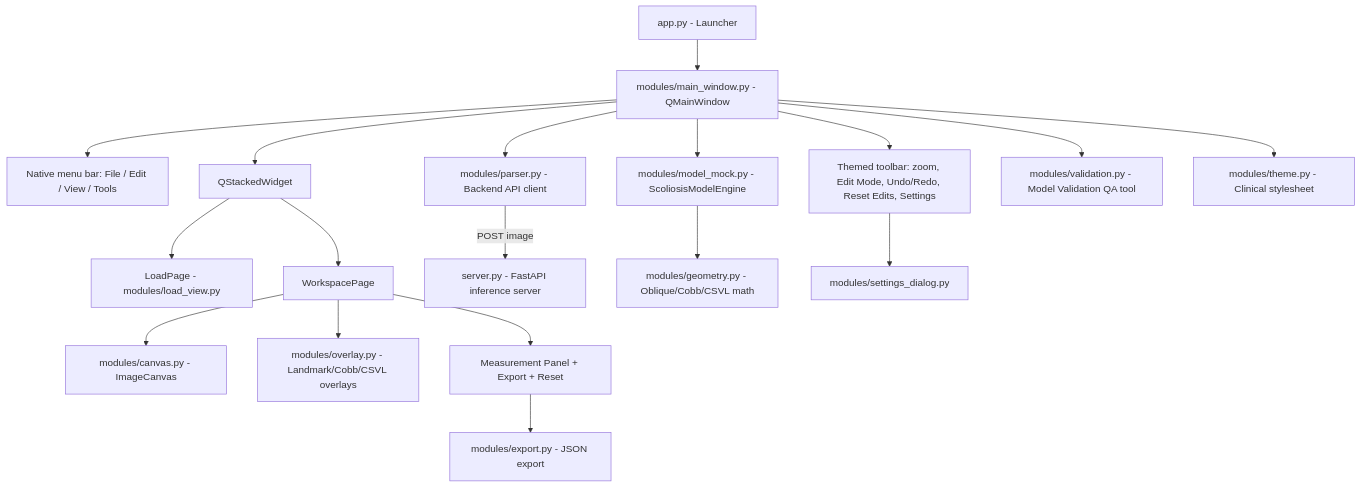
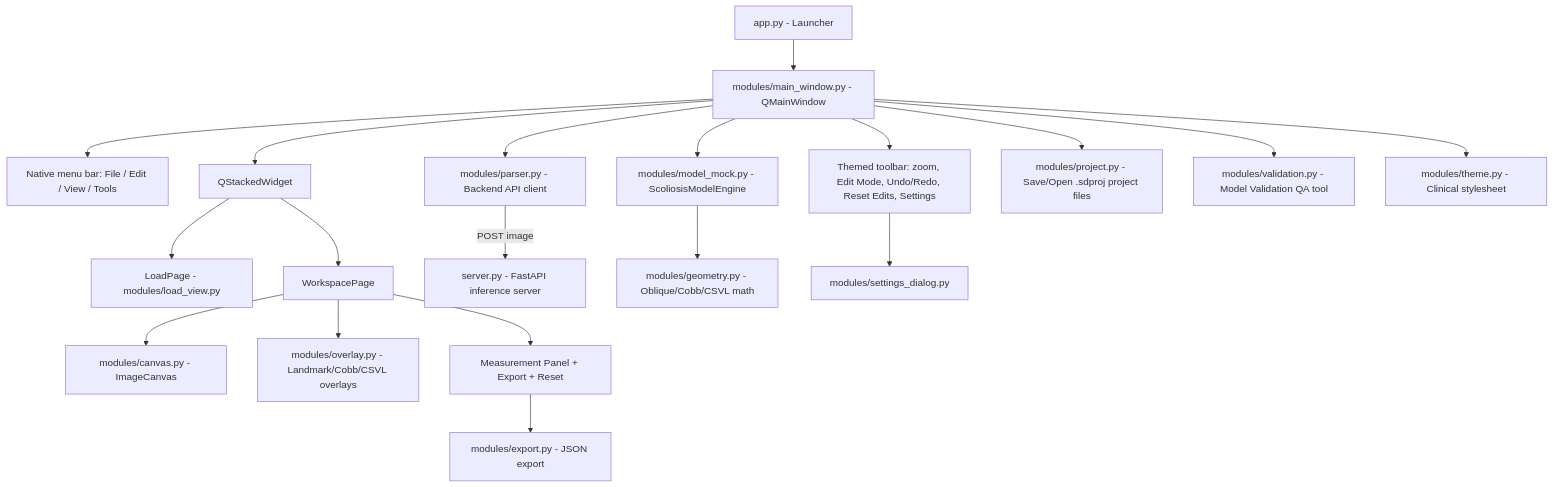
The diagram in README.md (reerooryu/scoliosis_detection_ui), drawn with Mermaid before and after one commit. The commit also changed other lines of this file and 6 other files, not shown here.

Commit message:
feat: add save/open .sdproj bundles so an in-progress assessment can be resumed without re-running AI inference

````diff
--- a/README.md
+++ b/README.md
@@ -13,25 +13,26 @@
 ```mermaid
 graph TD
     App["app.py - Launcher"] --> Main["modules/main_window.py - QMainWindow"]
 
     Main --> MenuBar["Native menu bar: File / Edit / View / Tools"]
     Main --> Toolbar["Themed toolbar: zoom, Edit Mode, Undo/Redo, Reset Edits, Settings"]
     Main --> Stack["QStackedWidget"]
 
     Stack --> Load["LoadPage - modules/load_view.py"]
     Stack --> Workspace["WorkspacePage"]
 
     Workspace --> Canvas["modules/canvas.py - ImageCanvas"]
     Workspace --> Overlay["modules/overlay.py - Landmark/Cobb/CSVL overlays"]
     Workspace --> Panel["Measurement Panel + Export + Reset"]
 
     Main --> Parser["modules/parser.py - Backend API client"]
     Parser -->|POST image| Server["server.py - FastAPI inference server"]
     Main --> Engine["modules/model_mock.py - ScoliosisModelEngine"]
     Engine --> Geometry["modules/geometry.py - Oblique/Cobb/CSVL math"]
 
     Toolbar --> Settings["modules/settings_dialog.py"]
     Panel --> Export["modules/export.py - JSON export"]
+    Main --> Project["modules/project.py - Save/Open .sdproj project files"]
     Main --> Validation["modules/validation.py - Model Validation QA tool"]
     Main --> Theme["modules/theme.py - Clinical stylesheet"]
 ```
````
